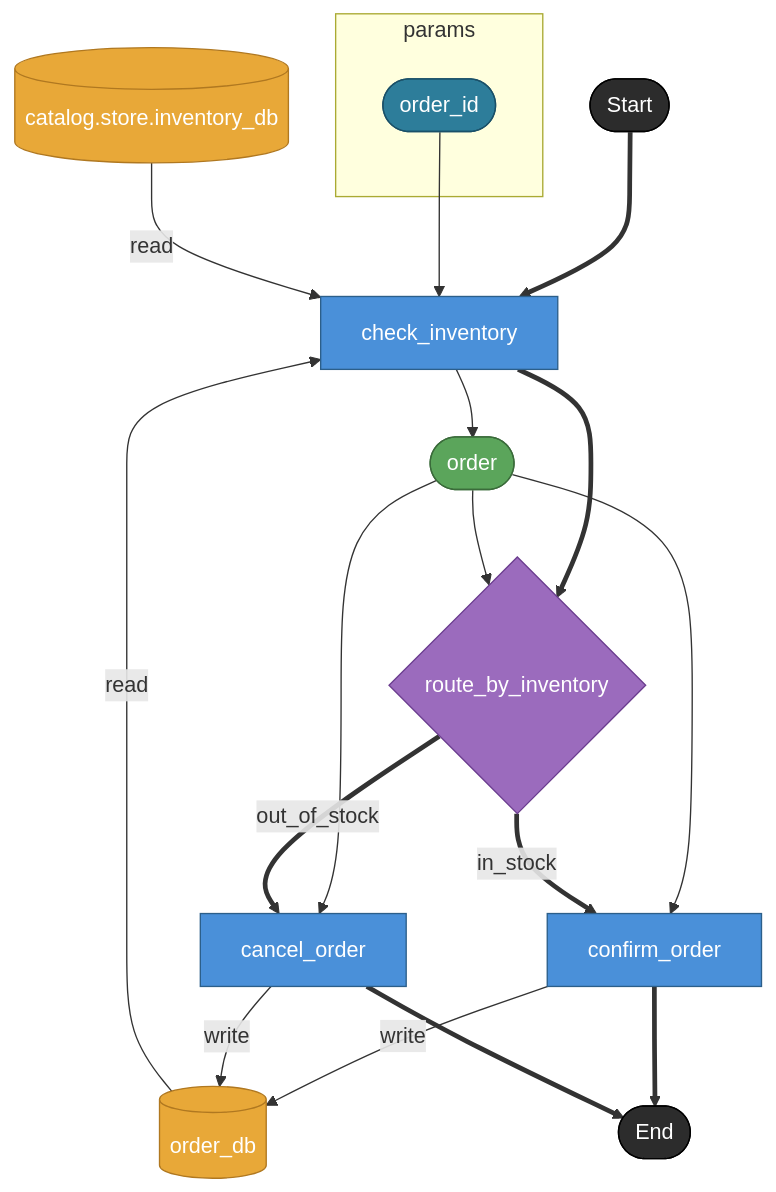
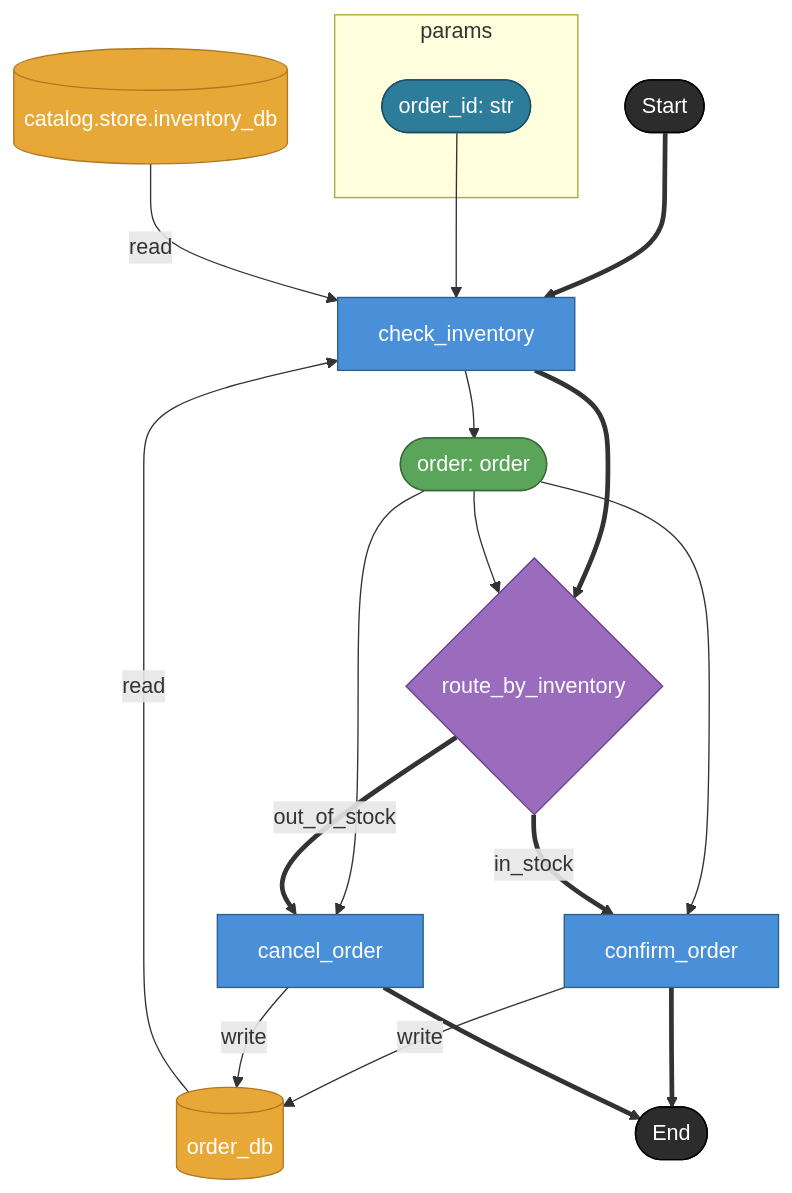
The diagram in docs/uc/001-ec-checkout-flow/renders/commerce/dag-process_order.md (hiroshiasayadev-prog/brewprint), drawn with Mermaid before and after one commit. The commit also changed 18 other files, not shown here.

````diff
--- a/docs/uc/001-ec-checkout-flow/renders/commerce/dag-process_order.md
+++ b/docs/uc/001-ec-checkout-flow/renders/commerce/dag-process_order.md
@@ -6,38 +6,38 @@
 ```mermaid
 flowchart TD
   subgraph params
-    order_id([order_id])
+    order_id([order_id: str])
   end
 
   _start([Start]) ==> check_inventory[check_inventory]
   order_id --> check_inventory
   order_db[(order_db)] -- "read" --> check_inventory
   inventory_db[(catalog.store.inventory_db)] -- "read" --> check_inventory
-  check_inventory --> order_asset([order])
+  check_inventory --> order_asset([order: order])
 
   check_inventory ==> route_by_inventory{route_by_inventory}
   order_asset --> route_by_inventory
   order_asset --> confirm_order[confirm_order]
   order_asset --> cancel_order[cancel_order]
 
   route_by_inventory == "in_stock" ==> confirm_order
   route_by_inventory == "out_of_stock" ==> cancel_order
 
   confirm_order -- "write" --> order_db
   cancel_order -- "write" --> order_db
   confirm_order ==> _end([End])
   cancel_order ==> _end
 
   classDef taskNode     fill:#4A90D9,stroke:#2C5F8A,color:#fff
   classDef assetNode    fill:#5BA55B,stroke:#3A6B3A,color:#fff
   classDef storeNode    fill:#E8A838,stroke:#B07820,color:#fff
   classDef branchNode   fill:#9B6BBD,stroke:#6B3D8F,color:#fff
   classDef terminalNode fill:#2C2C2C,stroke:#000,color:#fff
   classDef boundaryNode fill:#2D7D9A,stroke:#1A5068,color:#fff
   class check_inventory,confirm_order,cancel_order taskNode
   class order_asset assetNode
   class order_db,inventory_db storeNode
   class route_by_inventory branchNode
   class _start,_end terminalNode
   class order_id boundaryNode
 ```
````
